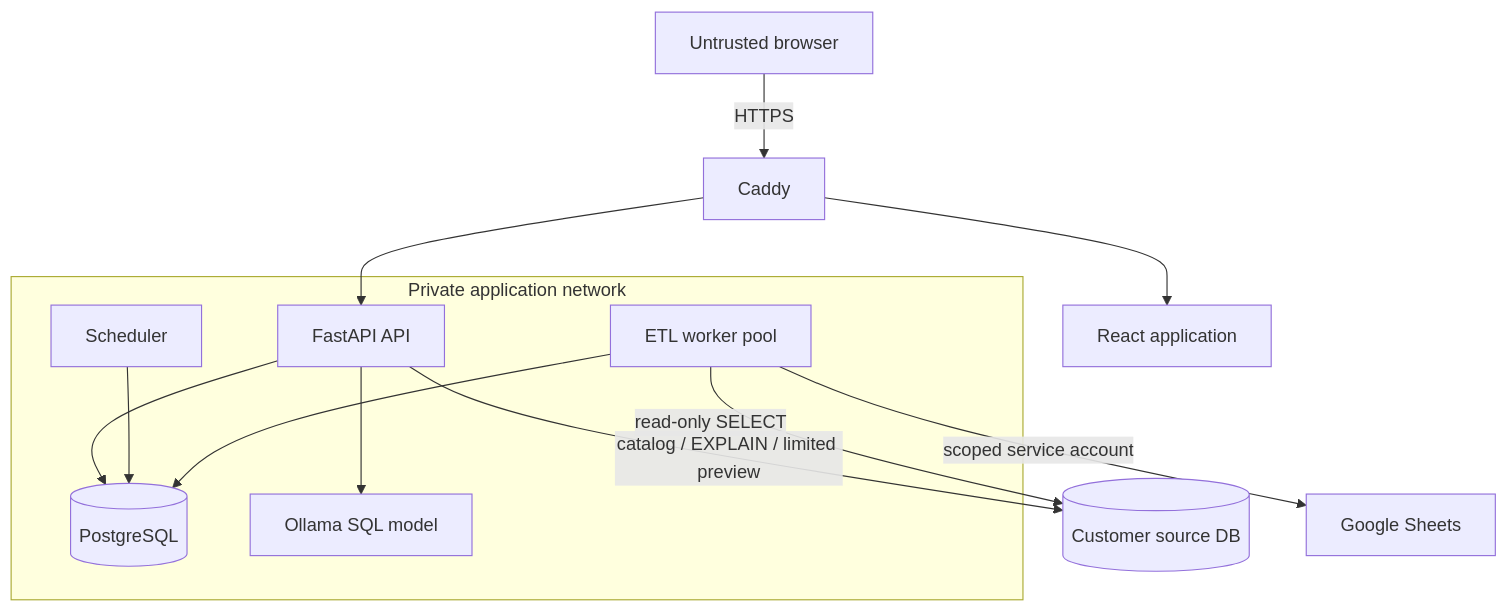
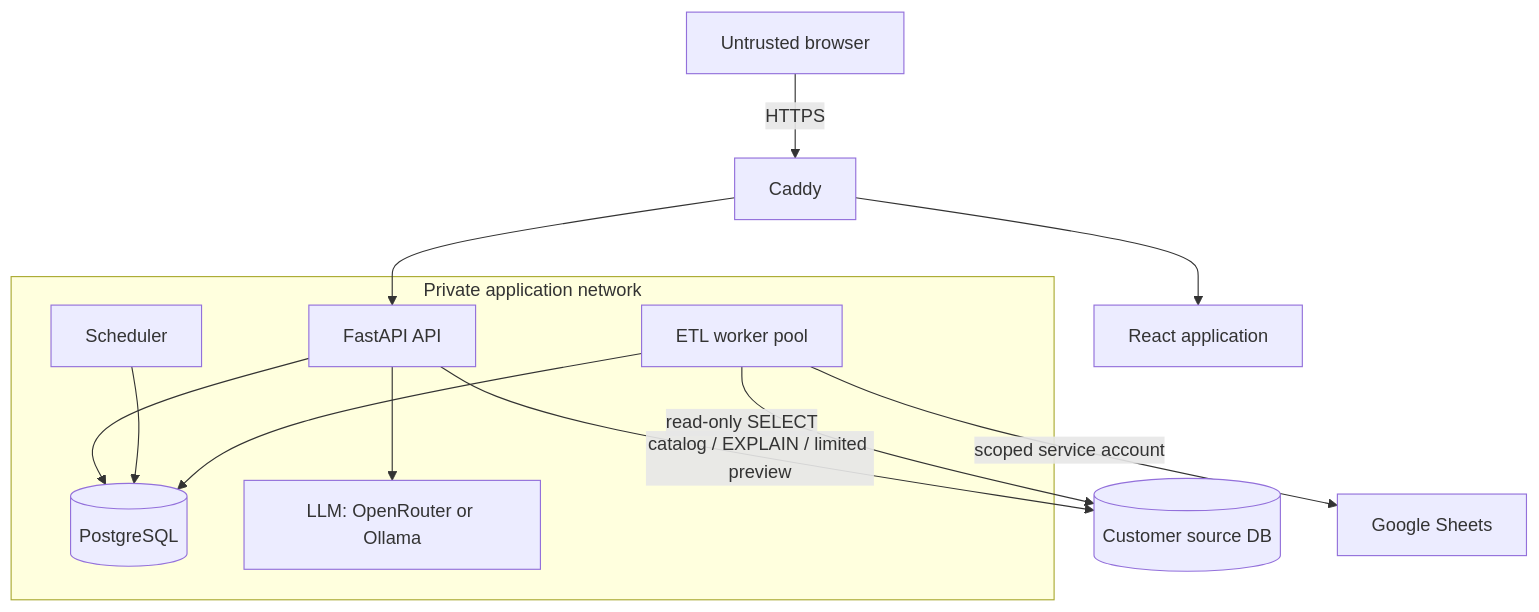
The first of 2 diagrams in docs/ARCHITECTURE.md (ajithreddy1234/FlowForge-ETL-Workflow-Automation-with-SQL-Assistant), drawn with Mermaid before and after one commit. The commit also changed other lines of this file and 21 other files, not shown here.

````diff
--- a/docs/ARCHITECTURE.md
+++ b/docs/ARCHITECTURE.md
@@ -18,17 +19,17 @@
 ```mermaid
 flowchart TB
     browser[Untrusted browser] -->|HTTPS| gateway[Caddy]
     gateway --> ui[React application]
     gateway --> api[FastAPI API]
 
     subgraph private[Private application network]
       api --> postgres[(PostgreSQL)]
-      api --> ollama[Ollama SQL model]
+      api --> llm[LLM: OpenRouter or Ollama]
       scheduler[Scheduler] --> postgres
       worker[ETL worker pool] --> postgres
     end
 
     api -->|catalog / EXPLAIN / limited preview| source[(Customer source DB)]
     worker -->|read-only SELECT| source
     worker -->|scoped service account| sheets[Google Sheets]
 ```
````
